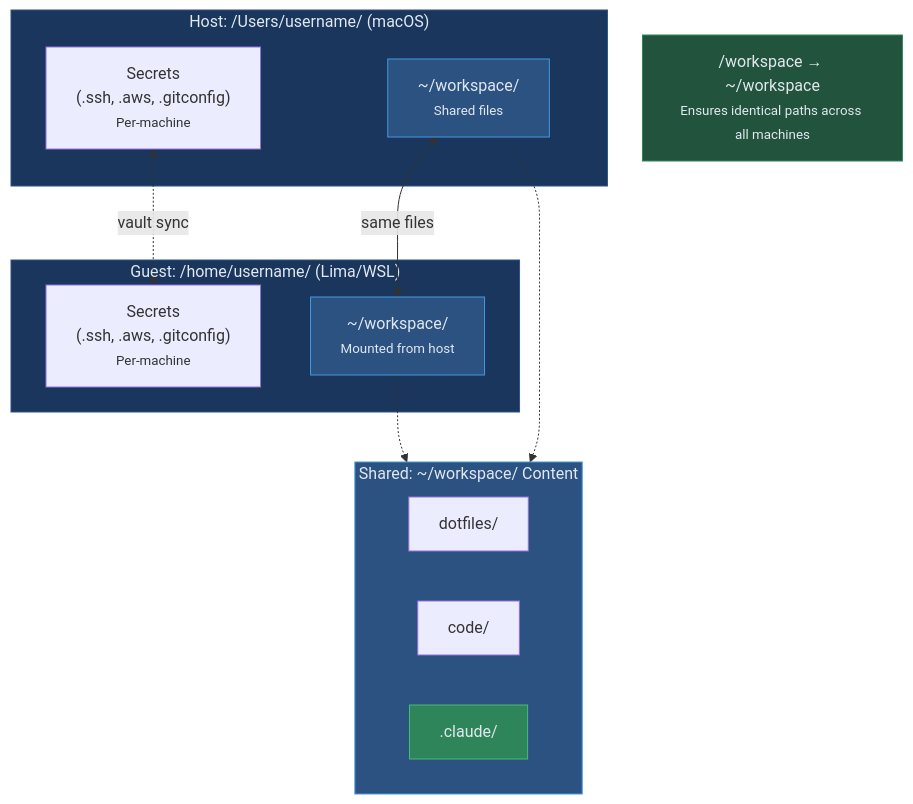
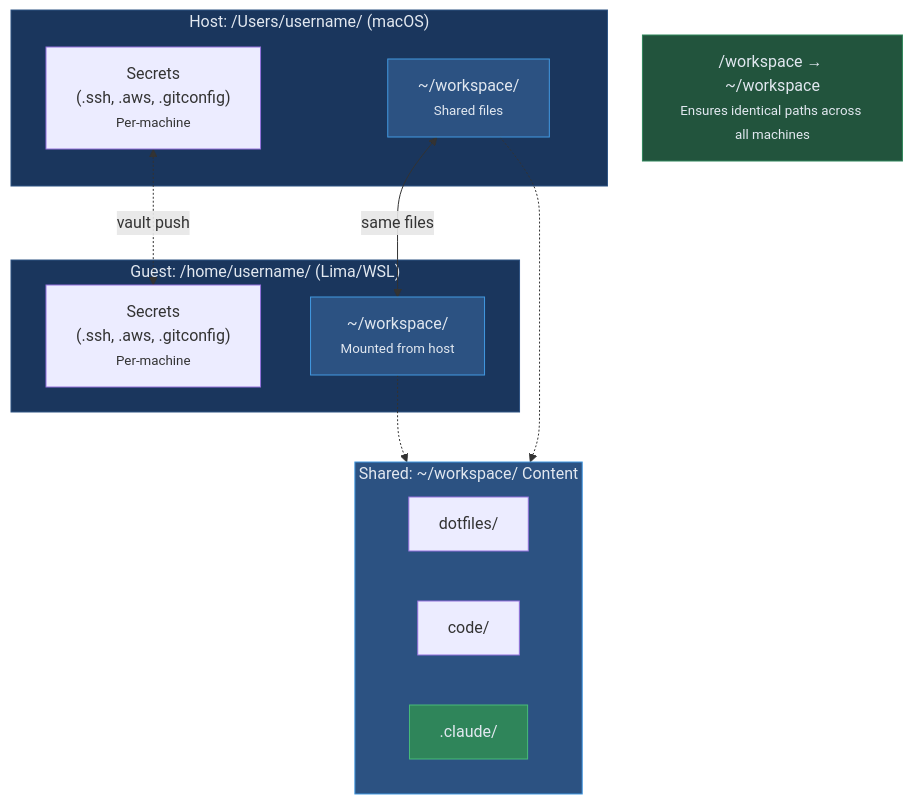
The third of 5 diagrams in docs/README-FULL.md (blackwell-systems/blackdot), drawn with Mermaid before and after one commit. The commit also changed other lines of this file and 4 other files, not shown here.

````diff
--- a/docs/README-FULL.md
+++ b/docs/README-FULL.md
@@ -545,35 +545,35 @@
 ```mermaid
 flowchart TB
     subgraph host["Host: /Users/username/ (macOS)"]
         h_secrets["Secrets<br/>(.ssh, .aws, .gitconfig)<br/><small>Per-machine</small>"]
         h_workspace["~/workspace/<br/><small>Shared files</small>"]
     end
 
     subgraph guest["Guest: /home/username/ (Lima/WSL)"]
         g_secrets["Secrets<br/>(.ssh, .aws, .gitconfig)<br/><small>Per-machine</small>"]
         g_workspace["~/workspace/<br/><small>Mounted from host</small>"]
     end
 
     subgraph shared["Shared: ~/workspace/ Content"]
         direction LR
         dotfiles["dotfiles/"]
         code["code/"]
         claude[".claude/"]
     end
 
     h_workspace <-->|same files| g_workspace
     h_workspace -.-> shared
     g_workspace -.-> shared
 
-    h_secrets <-.->|vault sync| g_secrets
+    h_secrets <-.->|vault push| g_secrets
 
     symlink["/workspace → ~/workspace<br/><small>Ensures identical paths across all machines</small>"]
 
     style host fill:#1a365d,stroke:#2c5282,color:#e2e8f0
     style guest fill:#1a365d,stroke:#2c5282,color:#e2e8f0
     style shared fill:#2c5282,stroke:#4299e1,color:#e2e8f0
     style symlink fill:#22543d,stroke:#2f855a,color:#e2e8f0
     style h_workspace fill:#2c5282,stroke:#4299e1,color:#e2e8f0
     style g_workspace fill:#2c5282,stroke:#4299e1,color:#e2e8f0
     style claude fill:#2f855a,stroke:#48bb78,color:#e2e8f0
 ```
````
